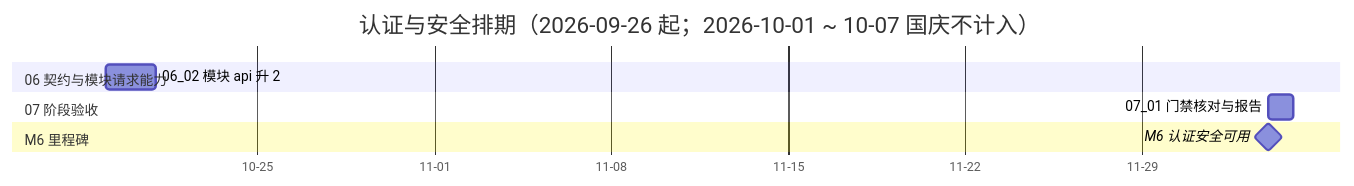
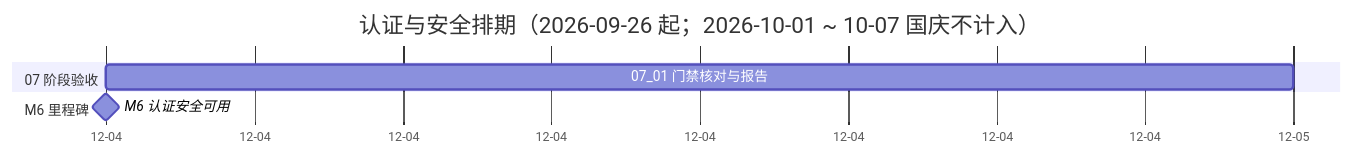
The diagram in bms文档/项目/06_认证与安全/计划/01_计划_认证与安全.md (minjian123/basic-management-system), drawn with Mermaid before and after one commit. The commit also changed other lines of this file and 4 other files, not shown here.

````diff
--- a/bms文档/项目/06_认证与安全/计划/01_计划_认证与安全.md
+++ b/bms文档/项目/06_认证与安全/计划/01_计划_认证与安全.md
@@ -76,12 +76,10 @@
 ```mermaid
 gantt
     title 认证与安全排期（2026-09-26 起；2026-10-01 ~ 10-07 国庆不计入）
     dateFormat  YYYY-MM-DD
     axisFormat %m-%d
-    section 06 契约与模块请求能力
-    06_02 模块 api 升 2 :f2, 2026-10-19, 2d
     section 07 阶段验收
     07_01 门禁核对与报告 :g1, 2026-12-04, 1d
     section M6 里程碑
     M6 认证安全可用 :milestone, mm6, 2026-12-04, 0d
 ```
````
